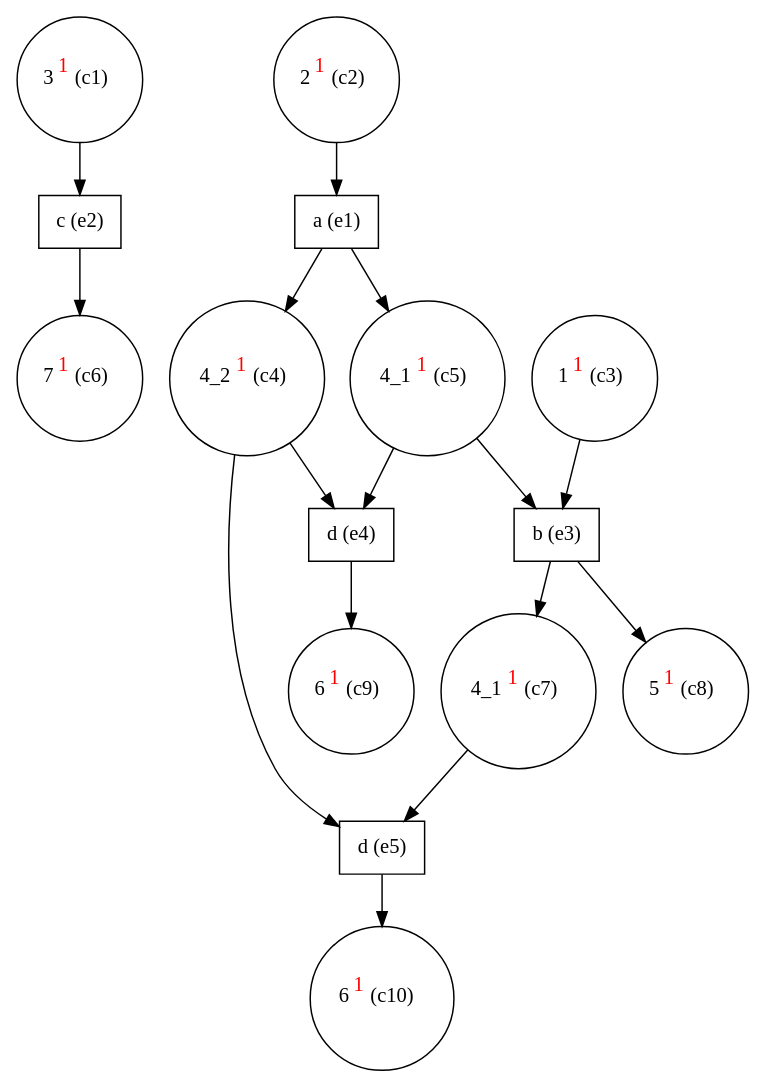
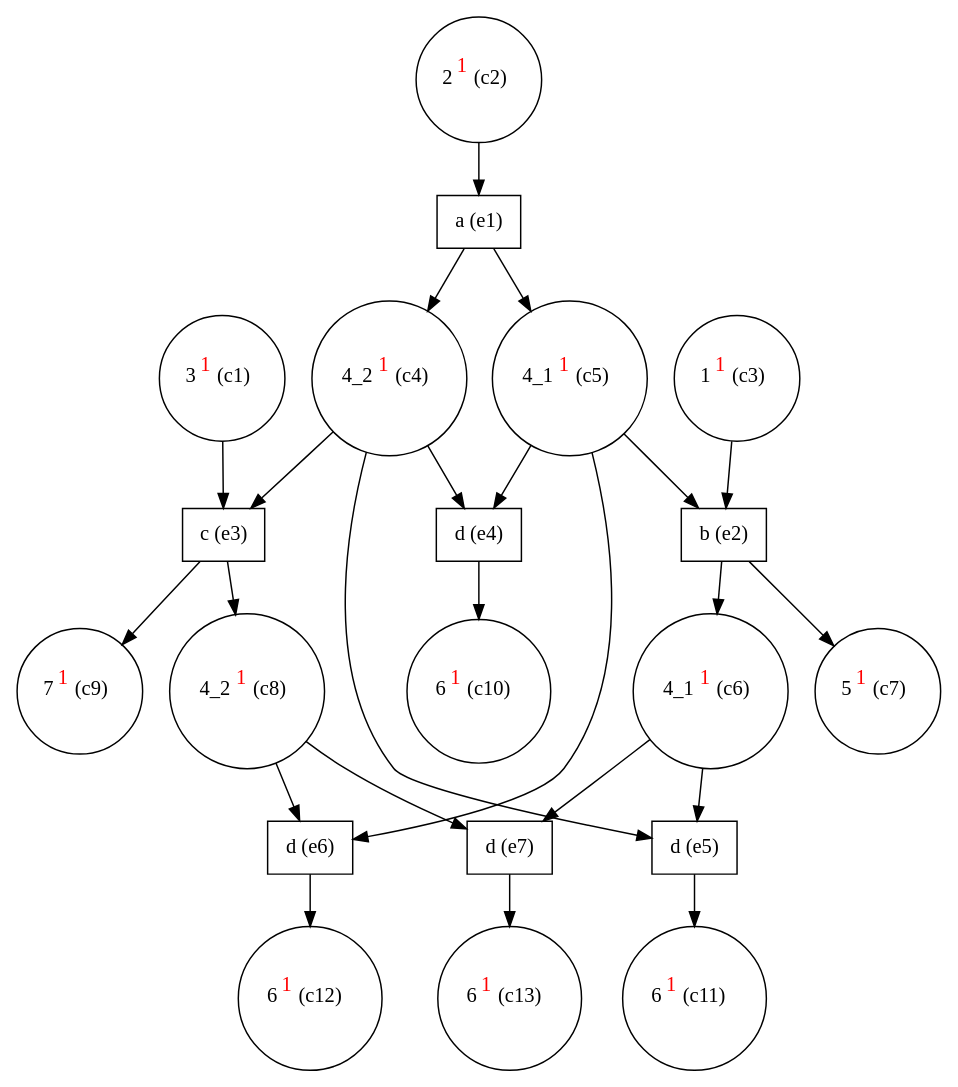
Before and after one commit to giannkas/ecofolder: the diagram in tiny_rd_eg.dot, drawn with Graphviz. The commit also changed 29 other files, not shown here.

```diff
--- a/tiny_rd_eg.dot
+++ b/tiny_rd_eg.dot
@@ -1,32 +1,45 @@
 digraph test {
-  c1 -> e2;
+  c1 -> e3;
   c2 -> e1;
-  c3 -> e3;
+  c3 -> e2;
   e1 -> c4;
   c4 -> e5;
   c4 -> e4;
+  c4 -> e3;
   e1 -> c5;
+  c5 -> e6;
   c5 -> e4;
-  c5 -> e3;
+  c5 -> e2;
   e2 -> c6;
-  e3 -> c7;
-  c7 -> e5;
+  c6 -> e7;
+  c6 -> e5;
+  e2 -> c7;
   e3 -> c8;
-  e4 -> c9;
-  e5 -> c10;
+  c8 -> e7;
+  c8 -> e6;
+  e3 -> c9;
+  e4 -> c10;
+  e5 -> c11;
+  e6 -> c12;
+  e7 -> c13;
   c1 [label= <3<FONT COLOR="red"><SUP>1</SUP></FONT>&nbsp;(c1)> shape=circle];
   c2 [label= <2<FONT COLOR="red"><SUP>1</SUP></FONT>&nbsp;(c2)> shape=circle];
   c3 [label= <1<FONT COLOR="red"><SUP>1</SUP></FONT>&nbsp;(c3)> shape=circle];
   c4 [label= <4_2<FONT COLOR="red"><SUP>1</SUP></FONT>&nbsp;(c4)> shape=circle];
   c5 [label= <4_1<FONT COLOR="red"><SUP>1</SUP></FONT>&nbsp;(c5)> shape=circle];
-  c6 [label= <7<FONT COLOR="red"><SUP>1</SUP></FONT>&nbsp;(c6)> shape=circle];
-  c7 [label= <4_1<FONT COLOR="red"><SUP>1</SUP></FONT>&nbsp;(c7)> shape=circle];
-  c8 [label= <5<FONT COLOR="red"><SUP>1</SUP></FONT>&nbsp;(c8)> shape=circle];
-  c9 [label= <6<FONT COLOR="red"><SUP>1</SUP></FONT>&nbsp;(c9)> shape=circle];
+  c6 [label= <4_1<FONT COLOR="red"><SUP>1</SUP></FONT>&nbsp;(c6)> shape=circle];
+  c7 [label= <5<FONT COLOR="red"><SUP>1</SUP></FONT>&nbsp;(c7)> shape=circle];
+  c8 [label= <4_2<FONT COLOR="red"><SUP>1</SUP></FONT>&nbsp;(c8)> shape=circle];
+  c9 [label= <7<FONT COLOR="red"><SUP>1</SUP></FONT>&nbsp;(c9)> shape=circle];
   c10 [label= <6<FONT COLOR="red"><SUP>1</SUP></FONT>&nbsp;(c10)> shape=circle];
+  c11 [label= <6<FONT COLOR="red"><SUP>1</SUP></FONT>&nbsp;(c11)> shape=circle];
+  c12 [label= <6<FONT COLOR="red"><SUP>1</SUP></FONT>&nbsp;(c12)> shape=circle];
+  c13 [label= <6<FONT COLOR="red"><SUP>1</SUP></FONT>&nbsp;(c13)> shape=circle];
   e1 [label="a (e1)" shape=box];
-  e2 [label="c (e2)" shape=box];
-  e3 [label="b (e3)" shape=box];
+  e2 [label="b (e2)" shape=box];
+  e3 [label="c (e3)" shape=box];
   e4 [label="d (e4)" shape=box];
   e5 [label="d (e5)" shape=box];
+  e6 [label="d (e6)" shape=box];
+  e7 [label="d (e7)" shape=box];
 }
```
